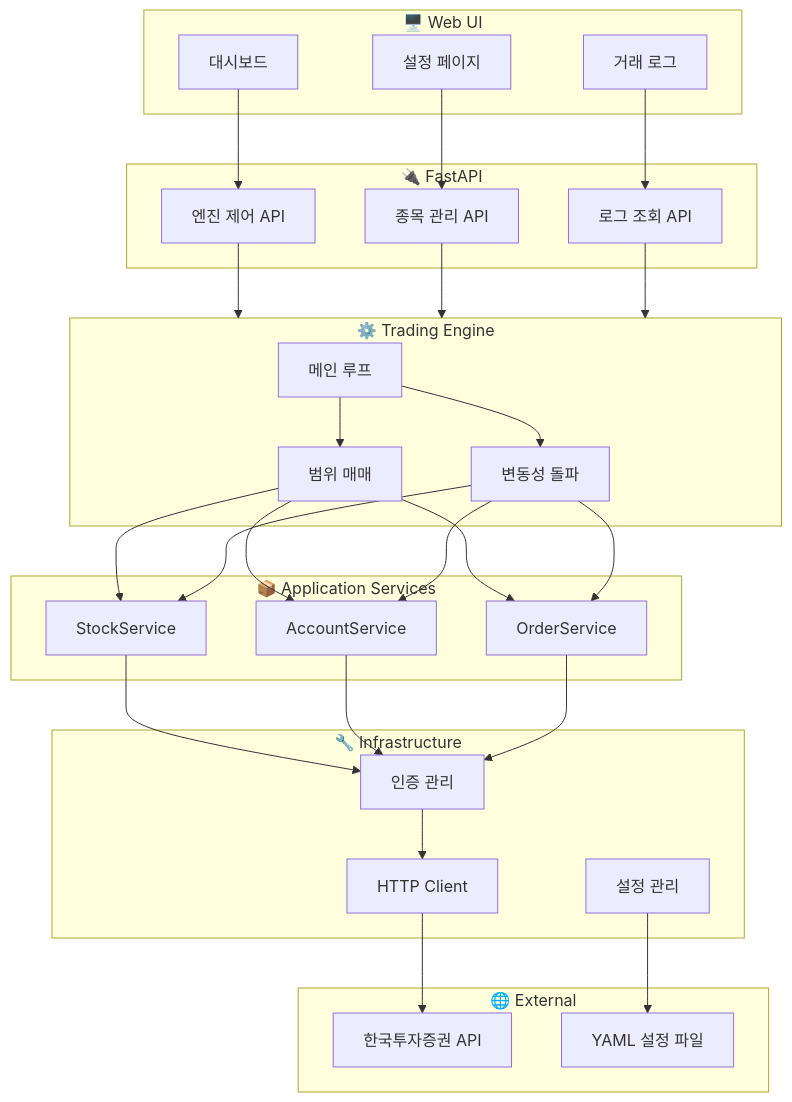
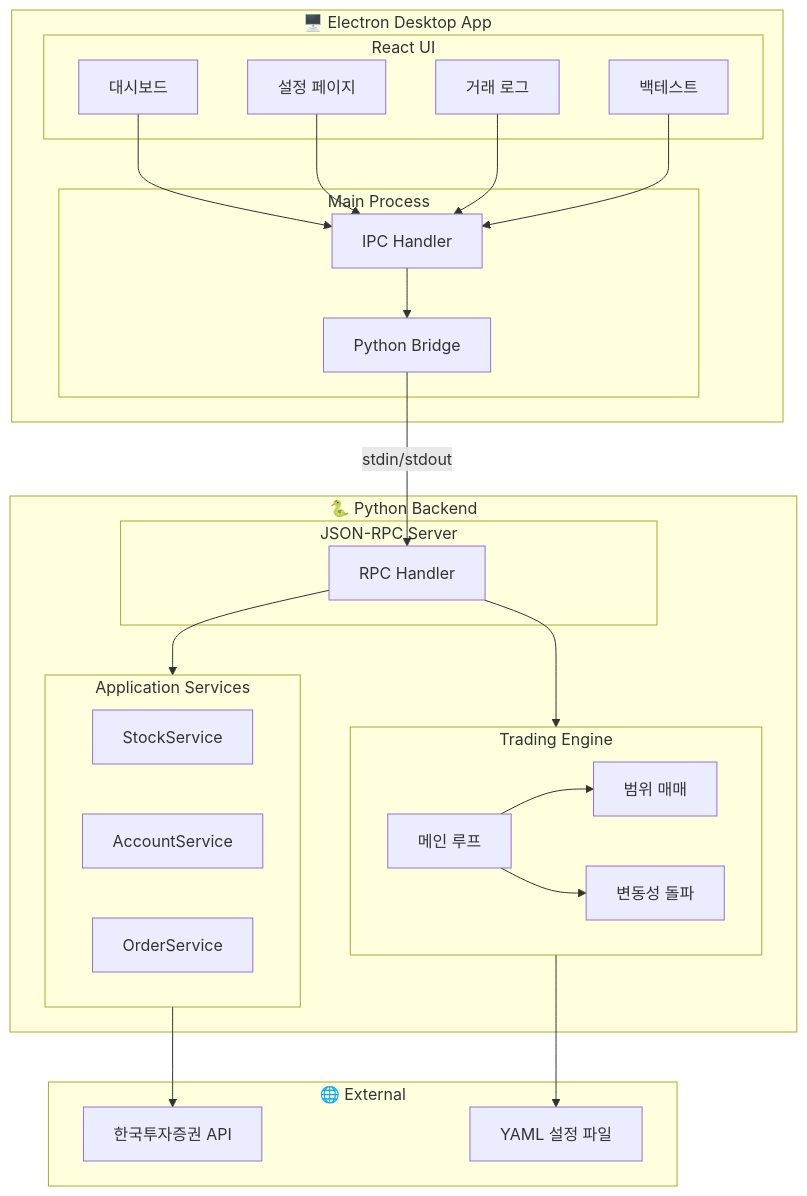
One commit to tanminkwan/woo-trading changed the first of 6 diagrams in README.md. Above: the diagram before and after it, drawn with Mermaid. The commit also changed other lines of this file, not shown here.

First line of the commit message:
docs: README를 Electron 데스크톱 앱 구조로 업데이트

````diff
--- a/README.md
+++ b/README.md
@@ -423,63 +452,53 @@
 ```mermaid
 flowchart TB
-    subgraph UI["🖥️ Web UI"]
-        Dashboard[대시보드]
-        Config[설정 페이지]
-        Logs[거래 로그]
+    subgraph Electron["🖥️ Electron Desktop App"]
+        subgraph Renderer["React UI"]
+            Dashboard[대시보드]
+            ConfigPage[설정 페이지]
+            LogsPage[거래 로그]
+            BacktestPage[백테스트]
+        end
+        subgraph Main["Main Process"]
+            IPC[IPC Handler]
+            PythonBridge[Python Bridge]
+        end
     end
 
-    subgraph API["🔌 FastAPI"]
-        EngineAPI[엔진 제어 API]
-        StockAPI[종목 관리 API]
-        LogAPI[로그 조회 API]
-    end
-
-    subgraph Engine["⚙️ Trading Engine"]
-        Loop[메인 루프]
-        RangeStrategy[범위 매매]
-        VBStrategy[변동성 돌파]
-    end
-
-    subgraph Services["📦 Application Services"]
-        StockSvc[StockService]
-        AccountSvc[AccountService]
-        OrderSvc[OrderService]
-    end
-
-    subgraph Infra["🔧 Infrastructure"]
-        Auth[인증 관리]
-        HTTP[HTTP Client]
-        ConfigMgr[설정 관리]
+    subgraph Python["🐍 Python Backend"]
+        subgraph JSONRPC["JSON-RPC Server"]
+            RpcHandler[RPC Handler]
+        end
+        subgraph Engine["Trading Engine"]
+            Loop[메인 루프]
+            RangeStrategy[범위 매매]
+            VBStrategy[변동성 돌파]
+        end
+        subgraph Services["Application Services"]
+            StockSvc[StockService]
+            AccountSvc[AccountService]
+            OrderSvc[OrderService]
+        end
     end
 
     subgraph External["🌐 External"]
         KIS[한국투자증권 API]
         YAML[YAML 설정 파일]
     end
 
-    Dashboard --> EngineAPI
-    Config --> StockAPI
-    Logs --> LogAPI
+    Dashboard --> IPC
+    ConfigPage --> IPC
+    LogsPage --> IPC
+    BacktestPage --> IPC
 
-    EngineAPI --> Engine
-    StockAPI --> Engine
-    LogAPI --> Engine
+    IPC --> PythonBridge
+    PythonBridge -->|stdin/stdout| RpcHandler
+
+    RpcHandler --> Engine
+    RpcHandler --> Services
 
     Loop --> RangeStrategy
     Loop --> VBStrategy
 
-    RangeStrategy --> StockSvc
-    RangeStrategy --> AccountSvc
-    RangeStrategy --> OrderSvc
-    VBStrategy --> StockSvc
-    VBStrategy --> AccountSvc
-    VBStrategy --> OrderSvc
-
-    StockSvc --> Auth
-    AccountSvc --> Auth
-    OrderSvc --> Auth
-
-    Auth --> HTTP
-    HTTP --> KIS
-    ConfigMgr --> YAML
+    Services --> KIS
+    Engine --> YAML
 ```
````
